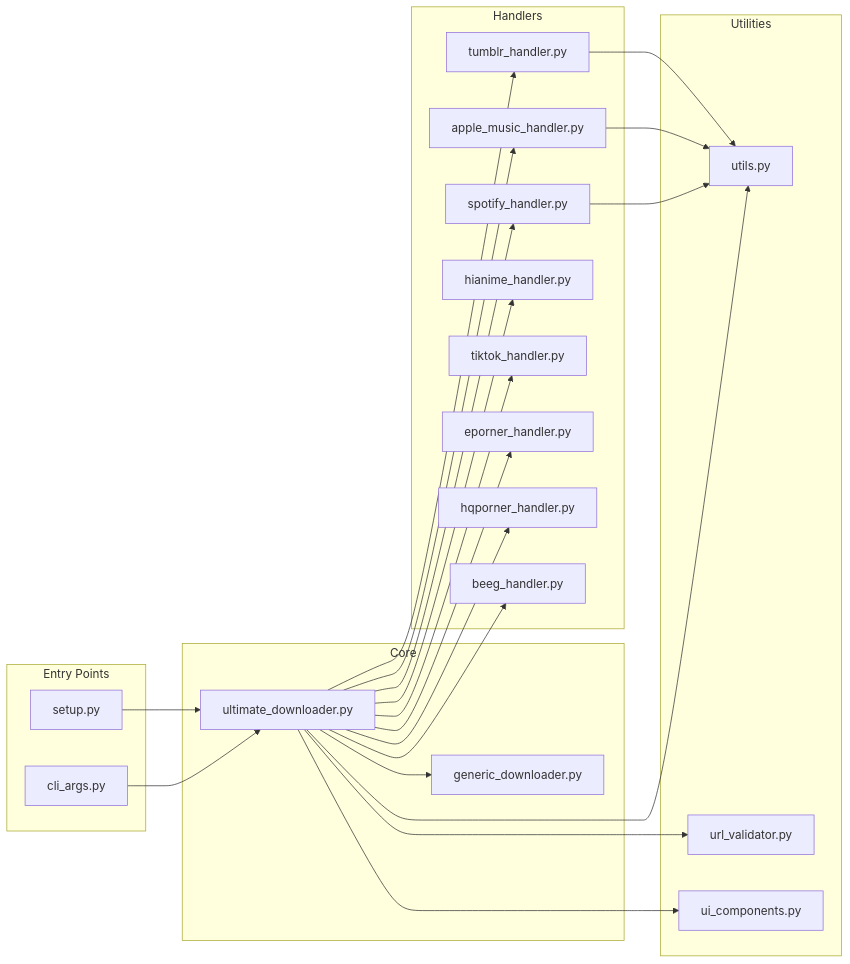
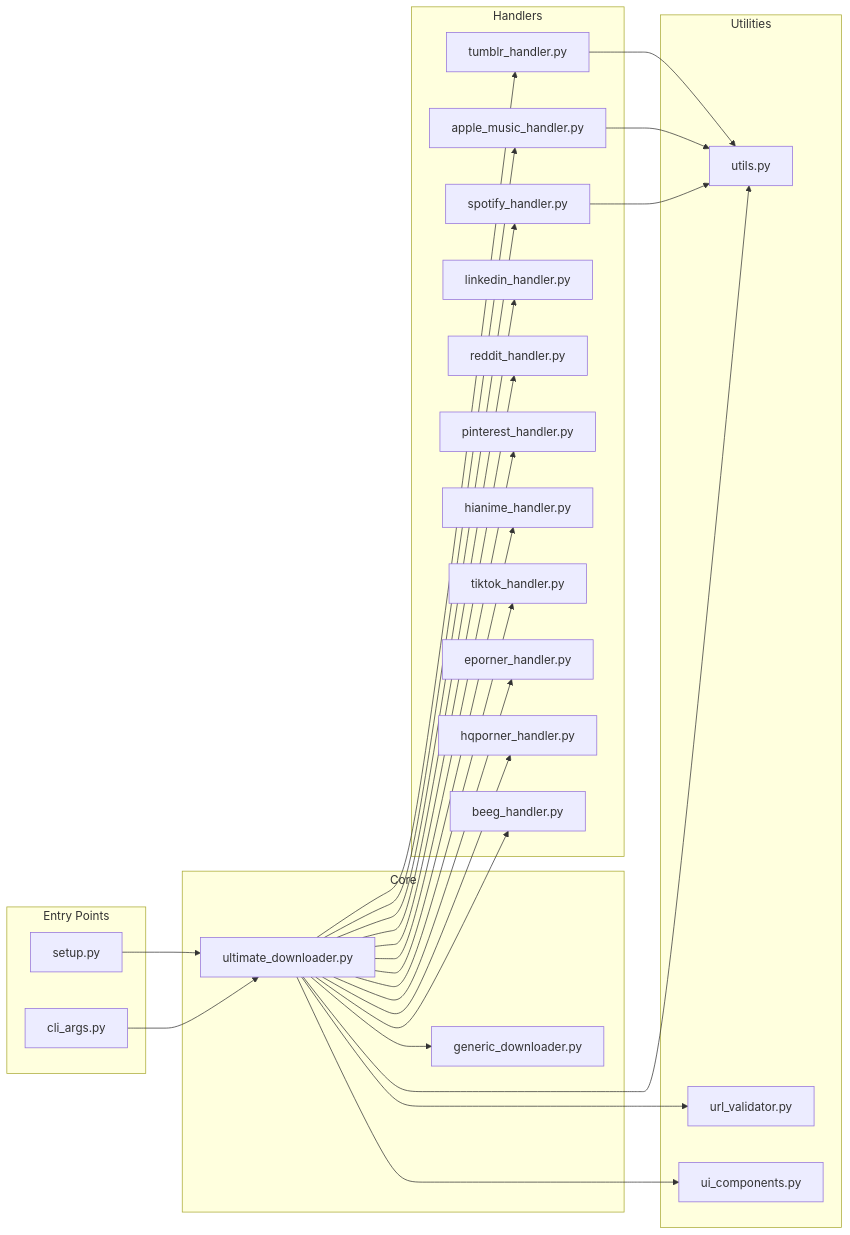
Before and after one commit to NK2552003/ULTIMATE-MEDIA-DOWNLOADER: the second of 2 diagrams in documentations/FILE_STRUCTURE.md, drawn with Mermaid. The commit also changed other lines of this file and 4 other files, not shown here.

Commit message:
Add LinkedIn, Reddit, and Pinterest handlers with documentation updates

````diff
--- a/documentations/FILE_STRUCTURE.md
+++ b/documentations/FILE_STRUCTURE.md
@@ -340,47 +346,53 @@
 ```mermaid
 graph LR
     subgraph "Entry Points"
         CLI[cli_args.py]
         SETUP[setup.py]
     end
 
     subgraph "Core"
         MAIN[ultimate_downloader.py]
         GENERIC[generic_downloader.py]
     end
 
     subgraph "Handlers"
         SPOTIFY[spotify_handler.py]
         APPLE[apple_music_handler.py]
         TUMBLR[tumblr_handler.py]
+        LINKEDIN[linkedin_handler.py]
+        REDDIT[reddit_handler.py]
+        PINTEREST[pinterest_handler.py]
         HIANIME[hianime_handler.py]
         TIKTOK[tiktok_handler.py]
         EPORNER[eporner_handler.py]
         HQPORNER[hqporner_handler.py]
         BEEG[beeg_handler.py]
     end
 
     subgraph "Utilities"
         UTILS[utils.py]
         URL_VAL[url_validator.py]
         UI_COMP[ui_components.py]
     end
 
     CLI --> MAIN
     SETUP --> MAIN
     MAIN --> GENERIC
     MAIN --> SPOTIFY
     MAIN --> APPLE
     MAIN --> TUMBLR
+    MAIN --> LINKEDIN
+    MAIN --> REDDIT
+    MAIN --> PINTEREST
     MAIN --> HIANIME
     MAIN --> TIKTOK
     MAIN --> EPORNER
     MAIN --> HQPORNER
     MAIN --> BEEG
     MAIN --> UTILS
     MAIN --> URL_VAL
     MAIN --> UI_COMP
     SPOTIFY --> UTILS
     APPLE --> UTILS
     TUMBLR --> UTILS
 ```
````
